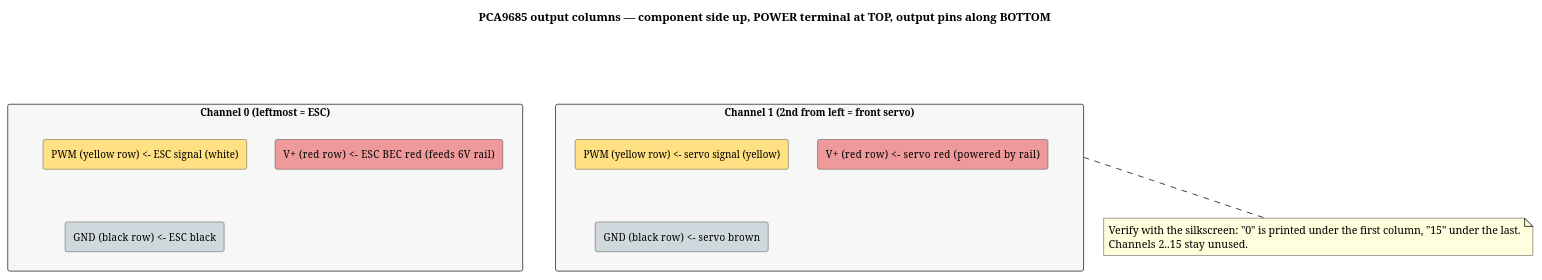
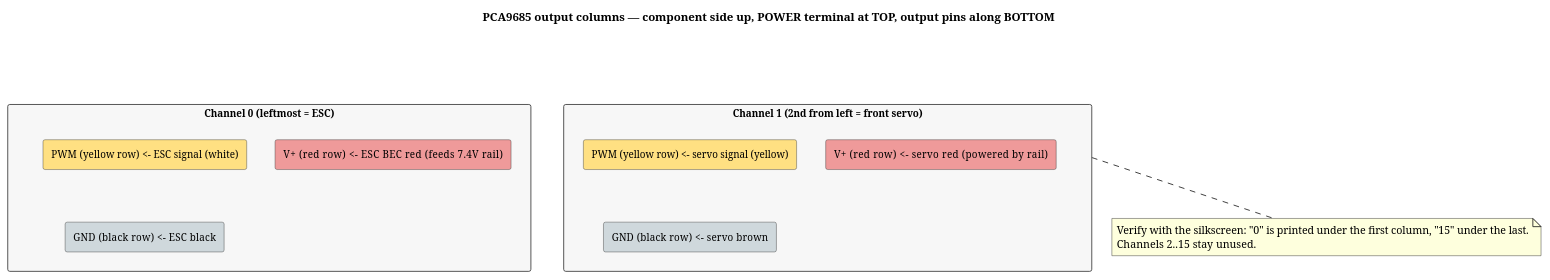
Before and after one commit to shen747/LocalAiRobot: the diagram in docs/wiring/diagrams/pca9685-channels.puml, drawn with PlantUML. The commit also changed 10 other files, not shown here.

```diff
--- a/docs/wiring/diagrams/pca9685-channels.puml
+++ b/docs/wiring/diagrams/pca9685-channels.puml
@@ -1,30 +1,30 @@
 @startuml pca9685-channels
 title PCA9685 output columns — component side up, POWER terminal at TOP, output pins along BOTTOM
 
 skinparam shadowing false
 skinparam rectangle {
   BorderColor #333333
   FontSize 12
 }
 
 ' Each channel is a vertical column of 3 pins. Physical top->bottom = PWM, V+, GND.
 
 rectangle "Channel 0  (leftmost = ESC)" as C0 #f7f7f7 {
   rectangle "PWM  (yellow row)  <-  ESC signal  (white)" as C0P #FFE082
-  rectangle "V+   (red row)     <-  ESC BEC red  (feeds 6V rail)" as C0V #EF9A9A
+  rectangle "V+   (red row)     <-  ESC BEC red  (feeds 7.4V rail)" as C0V #EF9A9A
   rectangle "GND  (black row)   <-  ESC black" as C0G #CFD8DC
 }
 
 rectangle "Channel 1  (2nd from left = front servo)" as C1 #f7f7f7 {
   rectangle "PWM  (yellow row)  <-  servo signal (yellow)" as C1P #FFE082
   rectangle "V+   (red row)     <-  servo red  (powered by rail)" as C1V #EF9A9A
   rectangle "GND  (black row)   <-  servo brown" as C1G #CFD8DC
 }
 
 C0 -[hidden]right-> C1
 
 note bottom of C1
   Verify with the silkscreen: "0" is printed under the first column, "15" under the last.
   Channels 2..15 stay unused.
 end note
 @enduml
```
